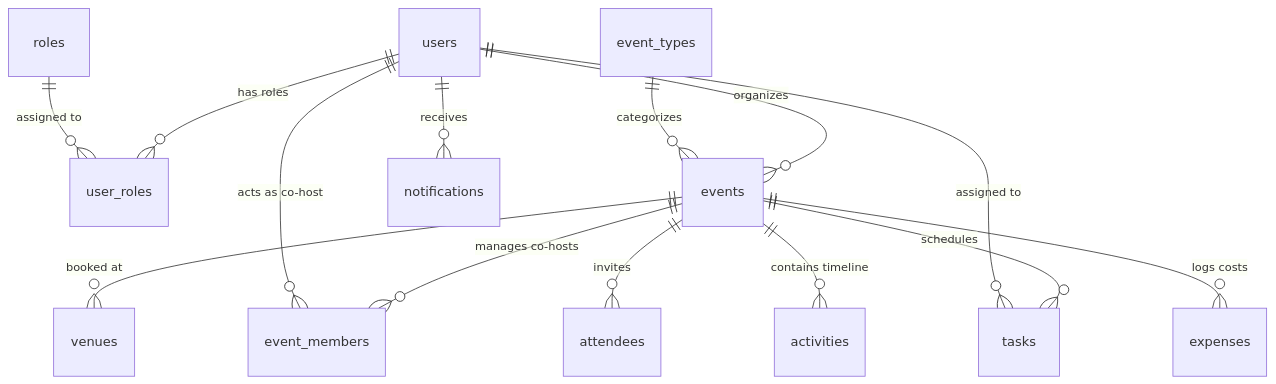
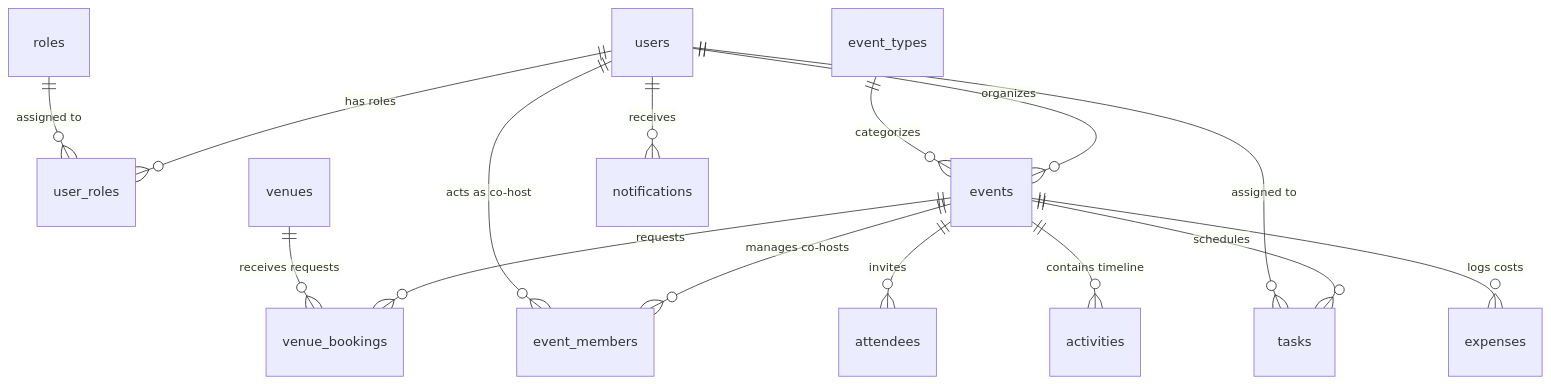
One commit to Reedsaltty/T3-Project changed the second of 2 diagrams in AGENTS.md. Above: the diagram before and after it, drawn with Mermaid. The commit also changed other lines of this file and 13 other files, not shown here.

Commit message:
Refactor database schema for venue bookings, add event validation, and update auth controller/routes

````diff
--- a/AGENTS.md
+++ b/AGENTS.md
@@ -98,16 +98,17 @@
 ```mermaid
 erDiagram
     users ||--o{ user_roles : "has roles"
     roles ||--o{ user_roles : "assigned to"
     users ||--o{ events : "organizes"
     event_types ||--o{ events : "categorizes"
-    events ||--o{ venues : "booked at"
+    events ||--o{ venue_bookings : "requests"
+    venues ||--o{ venue_bookings : "receives requests"
     events ||--o{ attendees : "invites"
     events ||--o{ event_members : "manages co-hosts"
     users ||--o{ event_members : "acts as co-host"
     events ||--o{ tasks : "schedules"
     users ||--o{ tasks : "assigned to"
     events ||--o{ activities : "contains timeline"
     events ||--o{ expenses : "logs costs"
     users ||--o{ notifications : "receives"
 ```
````
